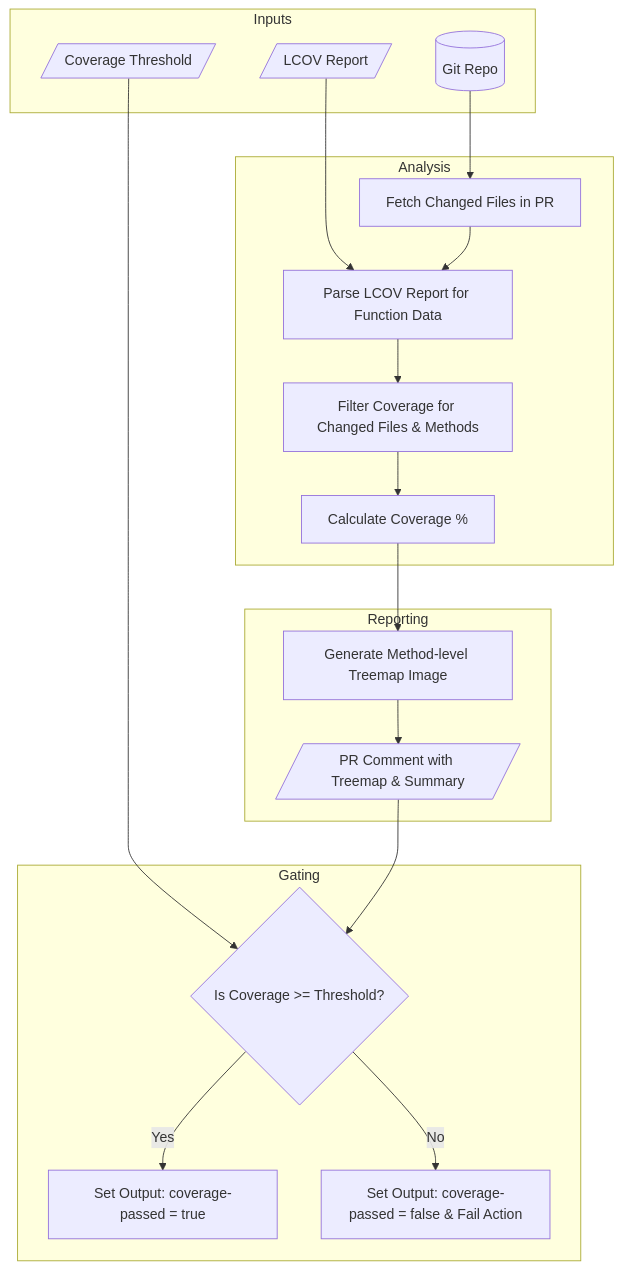
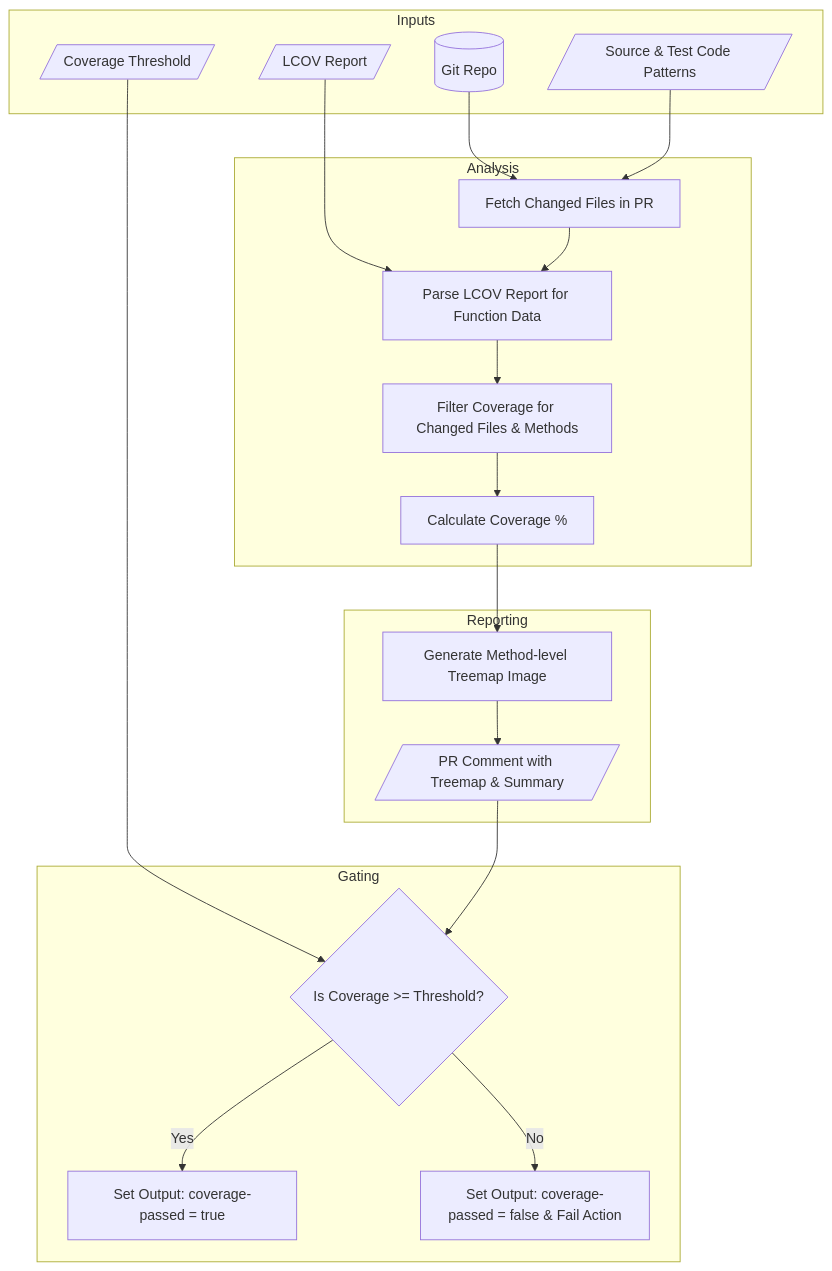
The diagram in README.md (maxbirkner/coveragemap), drawn with Mermaid before and after one commit.

````diff
--- a/README.md
+++ b/README.md
@@ -100,33 +100,35 @@
 ```mermaid
 flowchart TD
   subgraph Inputs
     A1[/LCOV Report/]
     A2[/Coverage Threshold/]
     A3[(Git Repo)]
+    A4[/Source & Test Code Patterns/]
   end
 
   subgraph Analysis
     B[Fetch Changed Files in PR]
     C[Parse LCOV Report for Function Data]
     D[Filter Coverage for Changed Files & Methods]
     E[Calculate Coverage %]
   end
 
   subgraph Reporting
     F[Generate Method-level Treemap Image]
     G[/PR Comment with Treemap & Summary/]
   end
 
   subgraph Gating
     H{Is Coverage >= Threshold?}
     I[Set Output: coverage-passed = true]
     J[Set Output: coverage-passed = false & Fail Action]
   end
 
   A1 --> C
   A2 --> H
   A3 --> B
+  A4 --> B
   B --> C --> D --> E --> F --> G --> H
   H -- Yes --> I
   H -- No --> J
 ```
````
